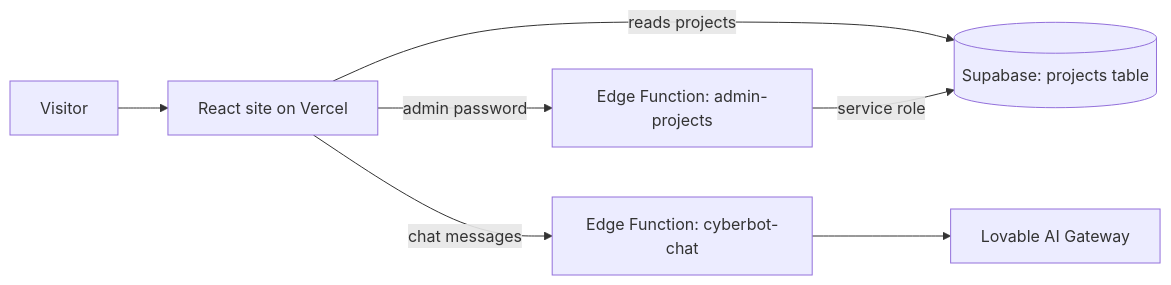
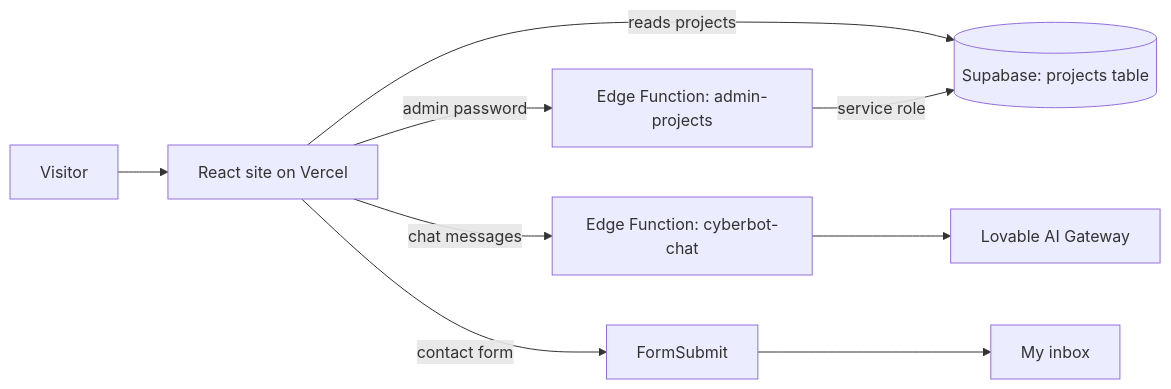
One commit to JLFlo12/florian-portfolio-v2 changed the diagram in README.md. Above: the diagram before and after it, drawn with Mermaid. The commit also changed other lines of this file and 79 other files, not shown here.

````diff
--- a/README.md
+++ b/README.md
@@ -63,9 +65,10 @@
 ```mermaid
 flowchart LR
     V[Visitor] --> S[React site on Vercel]
     S -->|reads projects| DB[(Supabase: projects table)]
     S -->|chat messages| F1[Edge Function: cyberbot-chat]
     F1 --> AI[Lovable AI Gateway]
     S -->|admin password| F2[Edge Function: admin-projects]
+    S -->|contact form| FS[FormSubmit] --> M[My inbox]
     F2 -->|service role| DB
 ```
````
